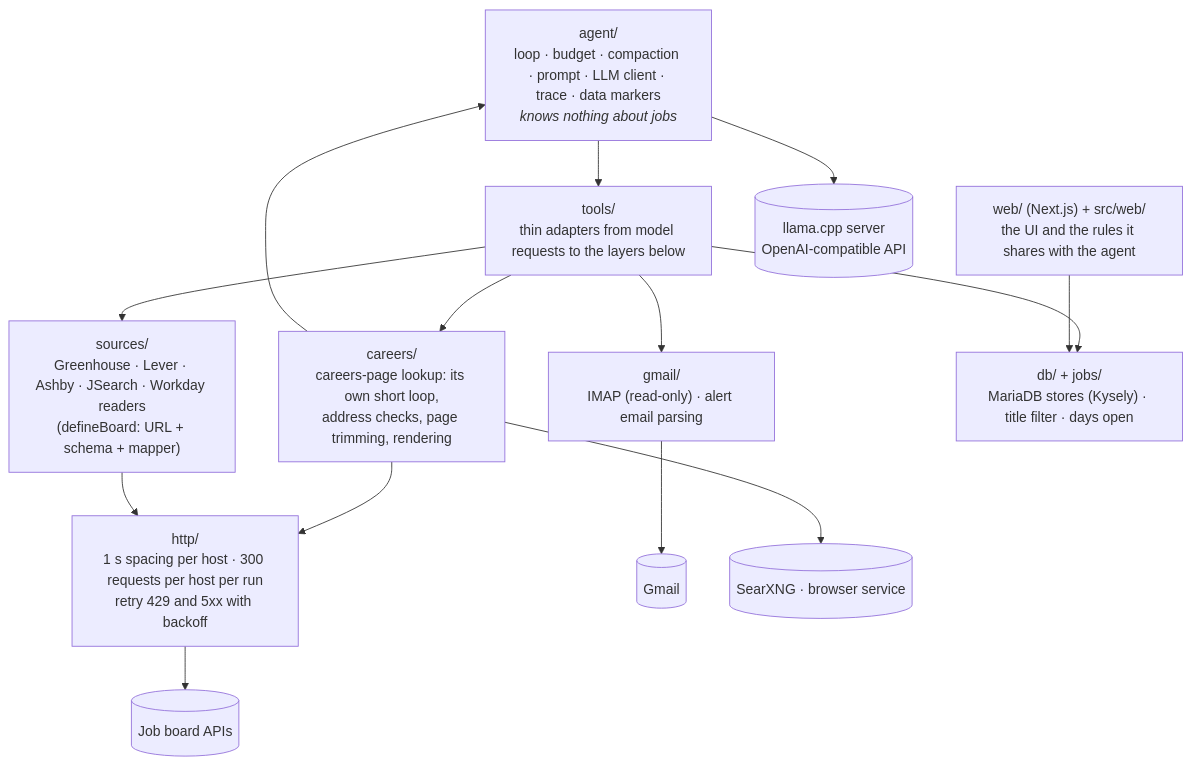
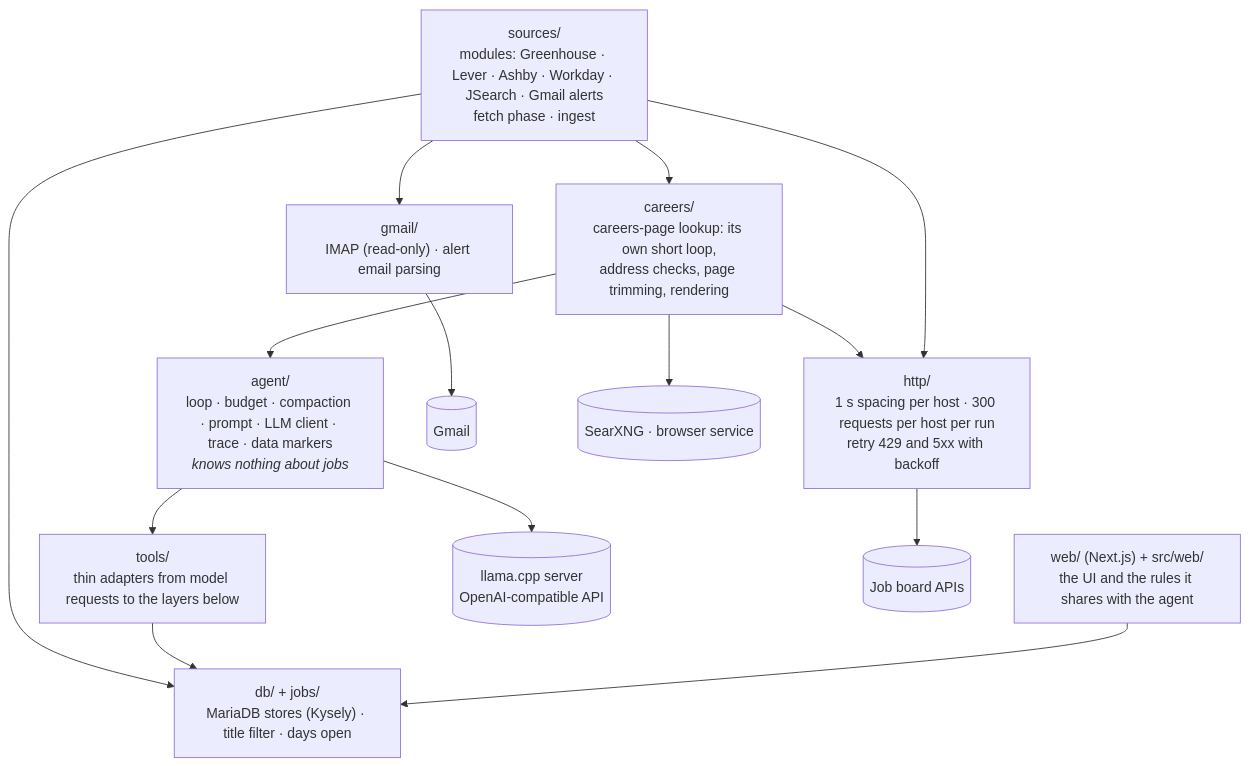
One commit to risingfish/myjobbot changed the fifth of 7 diagrams in README.md. Above: the diagram before and after it, drawn with Mermaid. The commit also changed other lines of this file and 2 other files, not shown here.

First line of the commit message:
Document modular job sources (017 PR 7) (#74)

````diff
--- a/README.md
+++ b/README.md
@@ -537,29 +580,29 @@
 ```mermaid
 flowchart TD
     AGENT["agent/<br/>loop · budget · compaction · prompt · LLM client · trace · data markers<br/><i>knows nothing about jobs</i>"]
     TOOLS["tools/<br/>thin adapters from model requests to the layers below"]
-    SOURCES["sources/<br/>Greenhouse · Lever · Ashby · JSearch · Workday readers<br/>(defineBoard: URL + schema + mapper)"]
+    SOURCES["sources/<br/>modules: Greenhouse · Lever · Ashby · Workday · JSearch · Gmail alerts<br/>fetch phase · ingest"]
     GMAIL["gmail/<br/>IMAP (read-only) · alert email parsing"]
     CAREERS["careers/<br/>careers-page lookup: its own short loop,<br/>address checks, page trimming, rendering"]
     HTTP["http/<br/>1 s spacing per host · 300 requests per host per run<br/>retry 429 and 5xx with backoff"]
     DB["db/ + jobs/<br/>MariaDB stores (Kysely) · title filter · days open"]
     WEB["web/ (Next.js) + src/web/<br/>the UI and the rules it shares with the agent"]
     LLAMA[("llama.cpp server<br/>OpenAI-compatible API")]
     BOARDS[("Job board APIs")]
     MAIL[("Gmail")]
     SEARCH[("SearXNG · browser service")]
 
     AGENT --> TOOLS
     AGENT --> LLAMA
-    TOOLS --> SOURCES
-    TOOLS --> GMAIL
-    TOOLS --> CAREERS
+    SOURCES --> GMAIL
+    SOURCES --> CAREERS
+    SOURCES --> DB
     TOOLS --> DB
     CAREERS --> AGENT
     CAREERS --> SEARCH
     CAREERS --> HTTP
     SOURCES --> HTTP
     HTTP --> BOARDS
     GMAIL --> MAIL
     WEB --> DB
 ```
````
